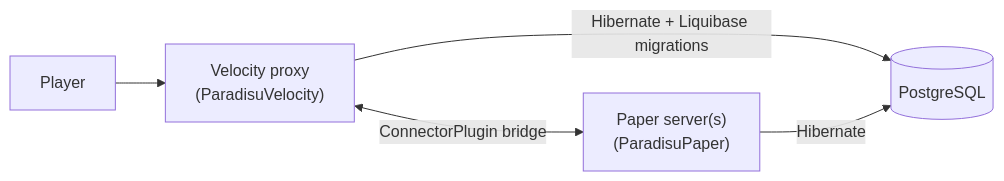
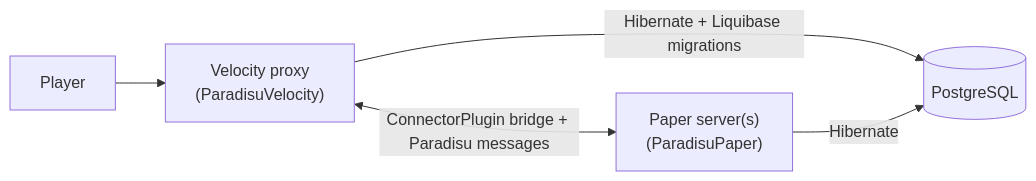
One commit to Paradisu/ParadisuPlugin changed the second of 7 diagrams in CONTRIBUTING.md. Above: the diagram before and after it, drawn with Mermaid. The commit also changed other lines of this file and 26 other files, not shown here.

````diff
--- a/CONTRIBUTING.md
+++ b/CONTRIBUTING.md
@@ -44,7 +46,7 @@
 ```mermaid
 graph LR
     P["Player"] --> V["Velocity proxy<br/>(ParadisuVelocity)"]
-    V <-->|ConnectorPlugin bridge| S["Paper server(s)<br/>(ParadisuPaper)"]
+    V <-->|ConnectorPlugin bridge + Paradisu messages| S["Paper server(s)<br/>(ParadisuPaper)"]
     V -->|Hibernate + Liquibase migrations| DB[("PostgreSQL")]
     S -->|Hibernate| DB
 ```
````
